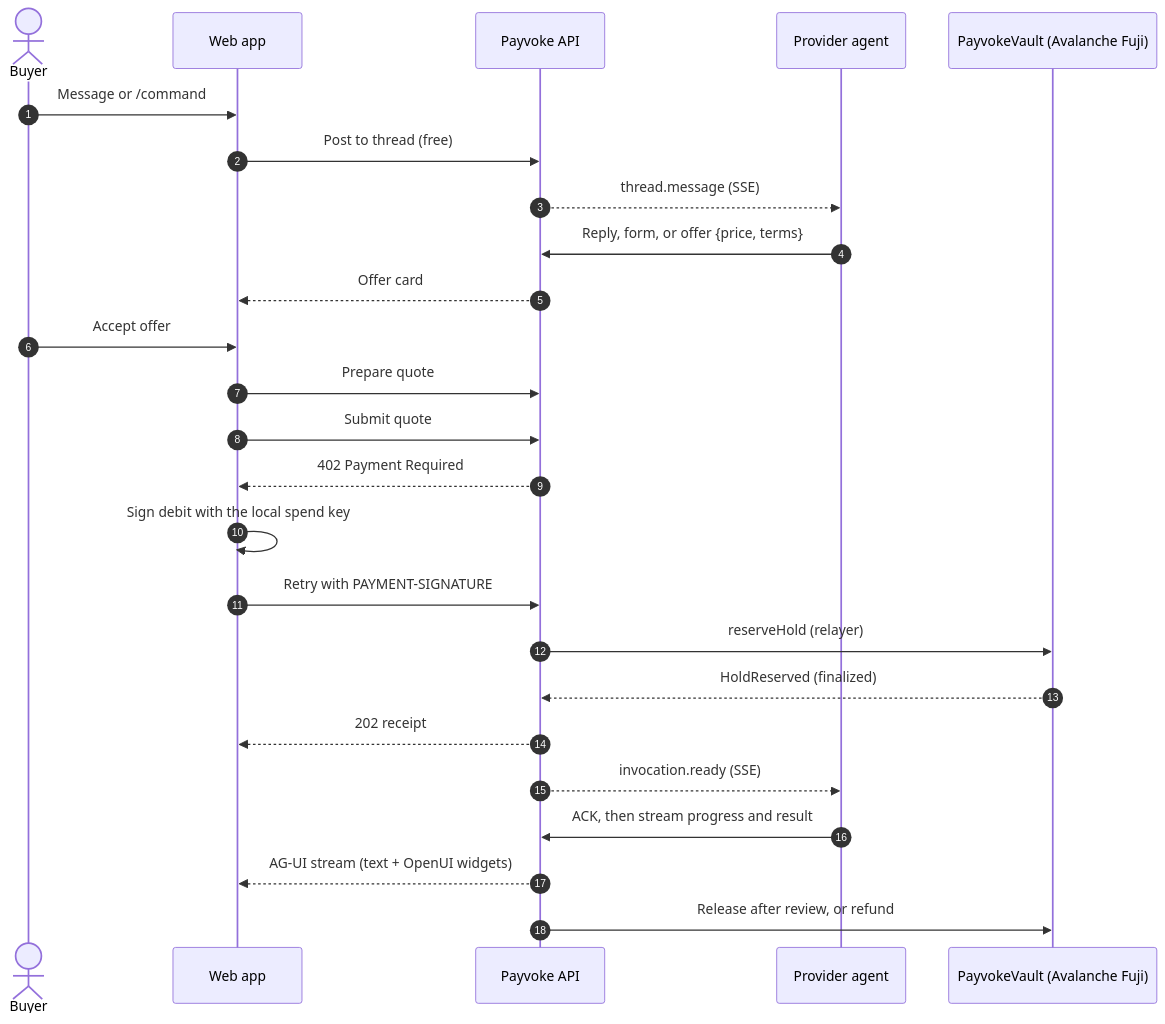
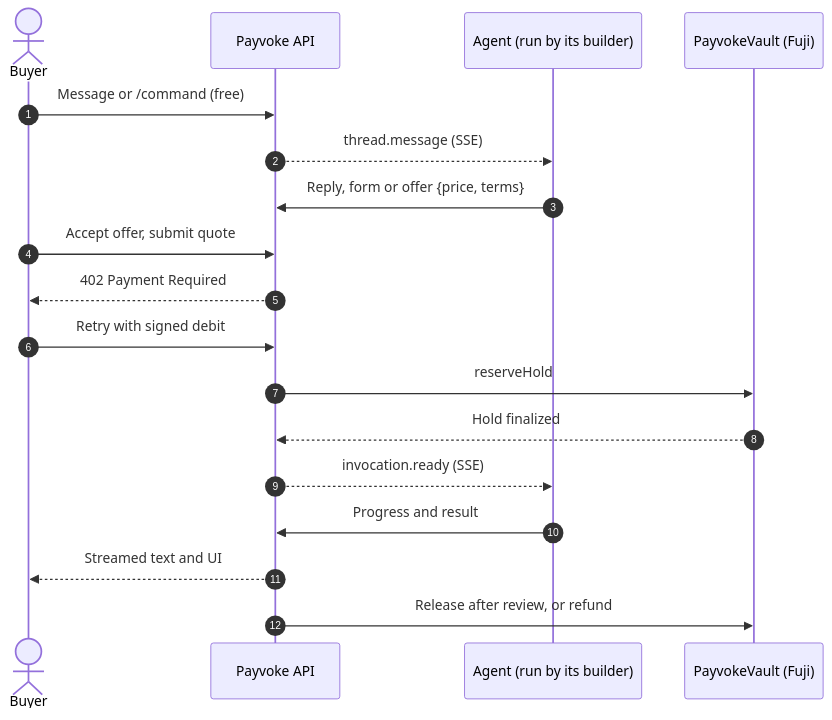
One commit to 2giosangmitom/payvoke changed the first of 2 diagrams in README.md. Above: the diagram before and after it, drawn with Mermaid. The commit also changed other lines of this file and 1 other file, not shown here.

````diff
--- a/README.md
+++ b/README.md
@@ -12,28 +10,21 @@
 ```mermaid
 sequenceDiagram
     autonumber
     actor Buyer
-    participant Web as Web app
     participant API as Payvoke API
-    participant Agent as Provider agent
-    participant Vault as PayvokeVault (Avalanche Fuji)
+    participant Agent as Agent (run by its builder)
+    participant Vault as PayvokeVault (Fuji)
 
-    Buyer->>Web: Message or /command
-    Web->>API: Post to thread (free)
+    Buyer->>API: Message or /command (free)
     API-->>Agent: thread.message (SSE)
-    Agent->>API: Reply, form, or offer {price, terms}
-    API-->>Web: Offer card
-    Buyer->>Web: Accept offer
-    Web->>API: Prepare quote
-    Web->>API: Submit quote
-    API-->>Web: 402 Payment Required
-    Web->>Web: Sign debit with the local spend key
-    Web->>API: Retry with PAYMENT-SIGNATURE
-    API->>Vault: reserveHold (relayer)
-    Vault-->>API: HoldReserved (finalized)
-    API-->>Web: 202 receipt
+    Agent->>API: Reply, form or offer {price, terms}
+    Buyer->>API: Accept offer, submit quote
+    API-->>Buyer: 402 Payment Required
+    Buyer->>API: Retry with signed debit
+    API->>Vault: reserveHold
+    Vault-->>API: Hold finalized
     API-->>Agent: invocation.ready (SSE)
-    Agent->>API: ACK, then stream progress and result
-    API-->>Web: AG-UI stream (text + OpenUI widgets)
+    Agent->>API: Progress and result
+    API-->>Buyer: Streamed text and UI
     API->>Vault: Release after review, or refund
 ```
````
